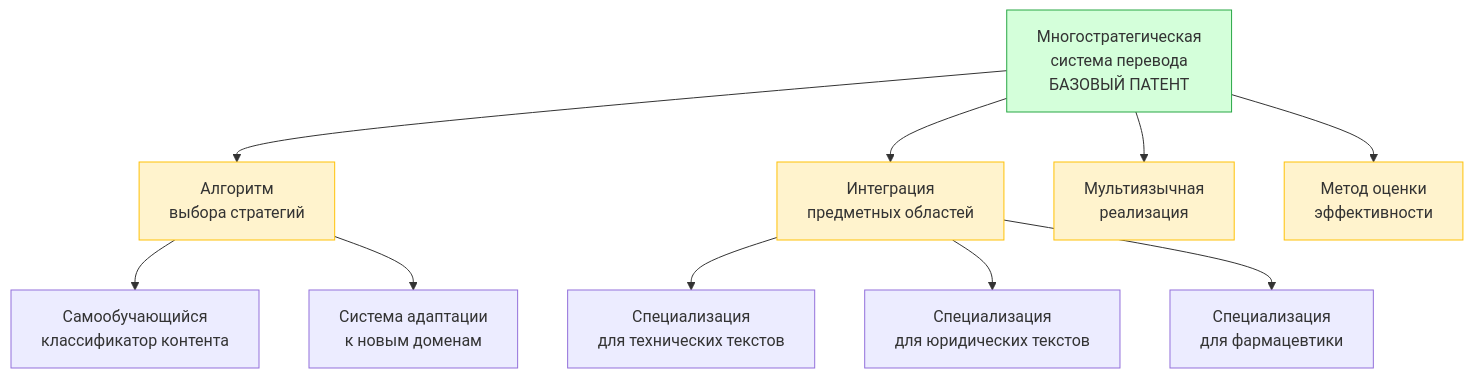
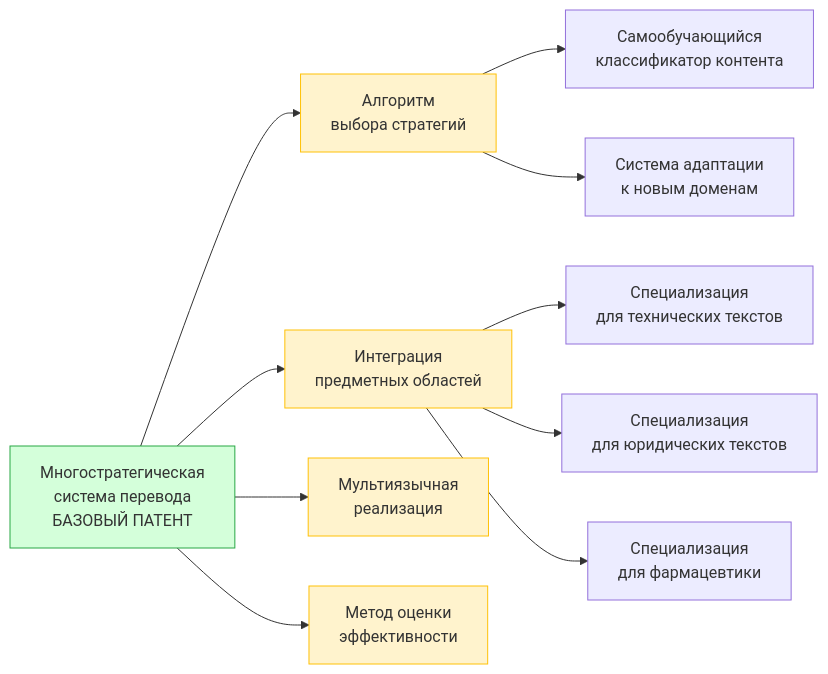
The second of 2 diagrams in Business docs/Detailed Business Plan/04 - Engineering implementation/4.6.1. Патентоспособные технологические решения.md (aozhuravlev/--TRANSLATOR--), drawn with Mermaid before and after one commit. The commit also changed other lines of this file and 40 other files, not shown here.

Commit message:
fc's to mermaid

````diff
--- a/Business docs/Detailed Business Plan/04 - Engineering implementation/4.6.1. Патентоспособные технологические решения.md
+++ b/Business docs/Detailed Business Plan/04 - Engineering implementation/4.6.1. Патентоспособные технологические решения.md
@@ -74,20 +74,20 @@
 ```mermaid
-flowchart TB
+flowchart LR
     A[Многостратегическая<br>система перевода<br>БАЗОВЫЙ ПАТЕНТ] --> B[Алгоритм<br>выбора стратегий]
     A --> C[Интеграция<br>предметных областей]
     A --> D[Мультиязычная<br>реализация]
     A --> E[Метод оценки<br>эффективности]
     
     B --> B1[Самообучающийся<br>классификатор контента]
     B --> B2[Система адаптации<br>к новым доменам]
     
     C --> C1[Специализация<br>для технических текстов]
     C --> C2[Специализация<br>для юридических текстов]
     C --> C3[Специализация<br>для фармацевтики]
     
     style A fill:#d4ffda,stroke:#28a745
     style B fill:#fff3cd,stroke:#ffc107
     style C fill:#fff3cd,stroke:#ffc107
     style D fill:#fff3cd,stroke:#ffc107
     style E fill:#fff3cd,stroke:#ffc107
 ```
````
